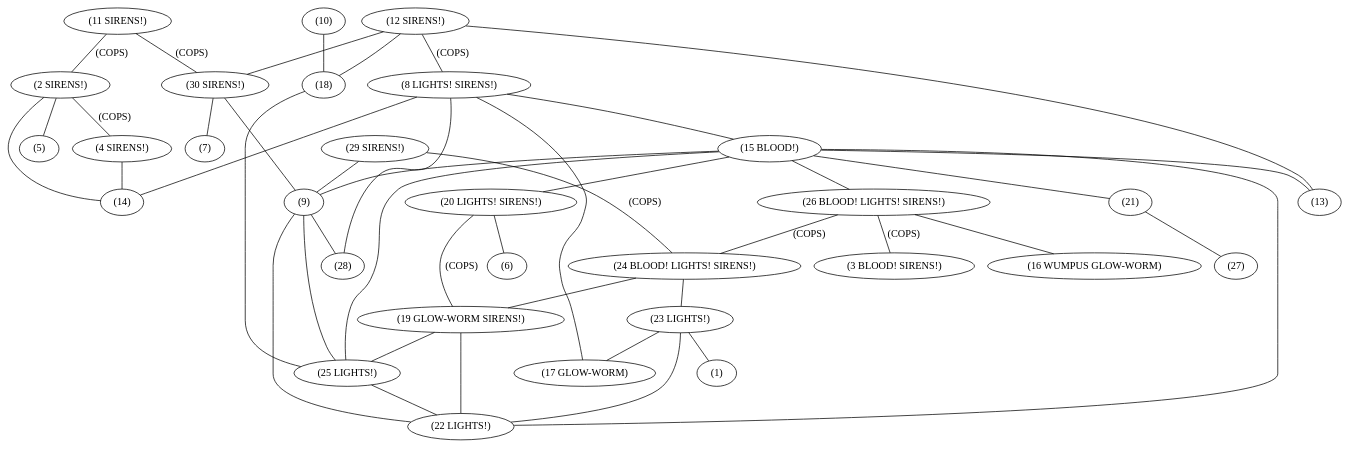
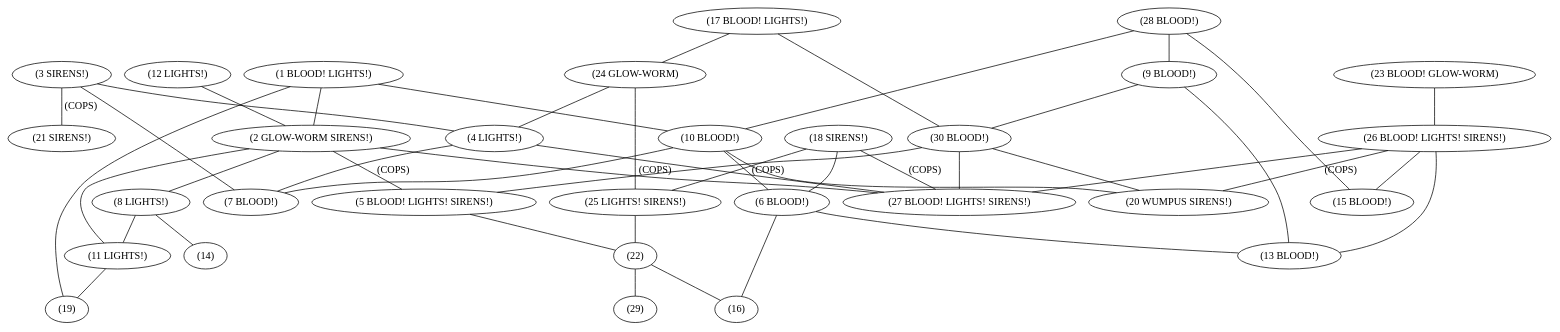
Before and after one commit to SeiichiN/LandOfLisp: the diagram in city.dot, drawn with Graphviz. The commit also changed 2 other files, not shown here.

```diff
--- a/city.dot
+++ b/city.dot
@@ -1,75 +1,76 @@
 graph{
-1[label="(1)"];
-2[label="(2 SIRENS!)"];
-3[label="(3 BLOOD! SIRENS!)"];
-4[label="(4 SIRENS!)"];
-5[label="(5)"];
-6[label="(6)"];
-7[label="(7)"];
-8[label="(8 LIGHTS! SIRENS!)"];
-9[label="(9)"];
-10[label="(10)"];
-11[label="(11 SIRENS!)"];
-12[label="(12 SIRENS!)"];
-13[label="(13)"];
+1[label="(1 BLOOD! LIGHTS!)"];
+2[label="(2 GLOW-WORM SIRENS!)"];
+3[label="(3 SIRENS!)"];
+4[label="(4 LIGHTS!)"];
+5[label="(5 BLOOD! LIGHTS! SIRENS!)"];
+6[label="(6 BLOOD!)"];
+7[label="(7 BLOOD!)"];
+8[label="(8 LIGHTS!)"];
+9[label="(9 BLOOD!)"];
+10[label="(10 BLOOD!)"];
+11[label="(11 LIGHTS!)"];
+12[label="(12 LIGHTS!)"];
+13[label="(13 BLOOD!)"];
 14[label="(14)"];
 15[label="(15 BLOOD!)"];
-16[label="(16 WUMPUS GLOW-WORM)"];
-17[label="(17 GLOW-WORM)"];
-18[label="(18)"];
-19[label="(19 GLOW-WORM SIRENS!)"];
-20[label="(20 LIGHTS! SIRENS!)"];
-21[label="(21)"];
-22[label="(22 LIGHTS!)"];
-23[label="(23 LIGHTS!)"];
-24[label="(24 BLOOD! LIGHTS! SIRENS!)"];
-25[label="(25 LIGHTS!)"];
+16[label="(16)"];
+17[label="(17 BLOOD! LIGHTS!)"];
+18[label="(18 SIRENS!)"];
+19[label="(19)"];
+20[label="(20 WUMPUS SIRENS!)"];
+21[label="(21 SIRENS!)"];
+22[label="(22)"];
+23[label="(23 BLOOD! GLOW-WORM)"];
+24[label="(24 GLOW-WORM)"];
+25[label="(25 LIGHTS! SIRENS!)"];
 26[label="(26 BLOOD! LIGHTS! SIRENS!)"];
-27[label="(27)"];
-28[label="(28)"];
-29[label="(29 SIRENS!)"];
-30[label="(30 SIRENS!)"];
-21--27[label=""];
+27[label="(27 BLOOD! LIGHTS! SIRENS!)"];
+28[label="(28 BLOOD!)"];
+29[label="(29)"];
+30[label="(30 BLOOD!)"];
+26--13[label=""];
+26--20[label="(COPS)"];
+26--27[label=""];
+26--15[label=""];
+23--26[label=""];
+11--19[label=""];
+22--16[label=""];
+22--29[label=""];
+4--27[label=""];
+4--7[label=""];
+3--21[label="(COPS)"];
+3--7[label=""];
+3--4[label=""];
 25--22[label=""];
-19--22[label=""];
-19--25[label=""];
-4--14[label=""];
-23--17[label=""];
-23--22[label=""];
-23--1[label=""];
-18--25[label=""];
-10--18[label=""];
-9--28[label=""];
-9--22[label=""];
-9--25[label=""];
-2--14[label=""];
-2--5[label=""];
-2--4[label="(COPS)"];
-24--19[label=""];
-24--23[label=""];
-29--9[label=""];
-29--24[label="(COPS)"];
-20--19[label="(COPS)"];
-20--6[label=""];
-26--16[label=""];
-26--3[label="(COPS)"];
-26--24[label="(COPS)"];
-15--22[label=""];
-15--9[label=""];
-15--21[label=""];
-15--25[label=""];
-15--13[label=""];
-15--20[label=""];
-15--26[label=""];
-30--9[label=""];
-30--7[label=""];
-11--2[label="(COPS)"];
-11--30[label="(COPS)"];
-8--17[label=""];
-8--15[label=""];
+24--4[label=""];
+24--25[label=""];
+5--22[label=""];
 8--14[label=""];
-8--28[label=""];
-12--18[label=""];
-12--13[label=""];
-12--30[label=""];
-12--8[label="(COPS)"];}
+8--11[label=""];
+30--27[label=""];
+30--20[label=""];
+30--5[label=""];
+17--24[label=""];
+17--30[label=""];
+6--16[label=""];
+6--13[label=""];
+18--27[label="(COPS)"];
+18--25[label="(COPS)"];
+18--6[label=""];
+2--11[label=""];
+2--27[label="(COPS)"];
+2--5[label="(COPS)"];
+2--8[label=""];
+12--2[label=""];
+10--6[label=""];
+10--20[label=""];
+10--7[label=""];
+1--19[label=""];
+1--2[label=""];
+1--10[label=""];
+9--13[label=""];
+9--30[label=""];
+28--15[label=""];
+28--10[label=""];
+28--9[label=""];}
```
